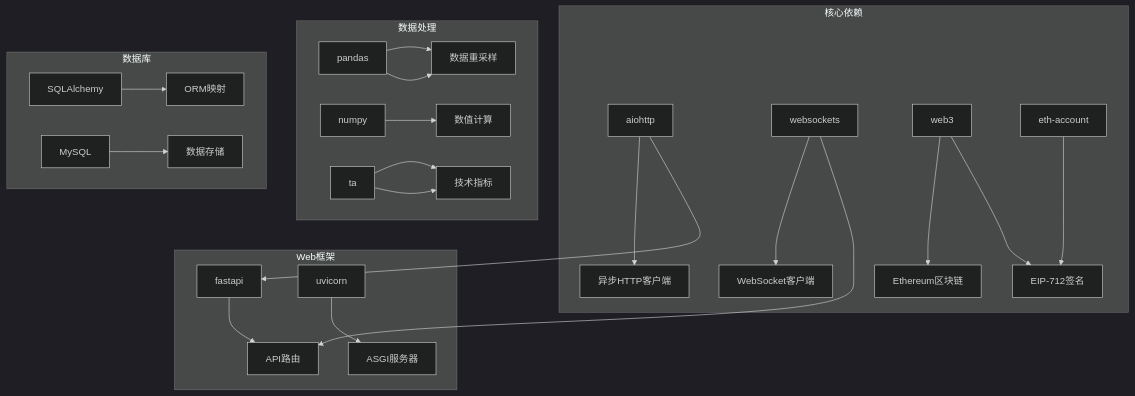
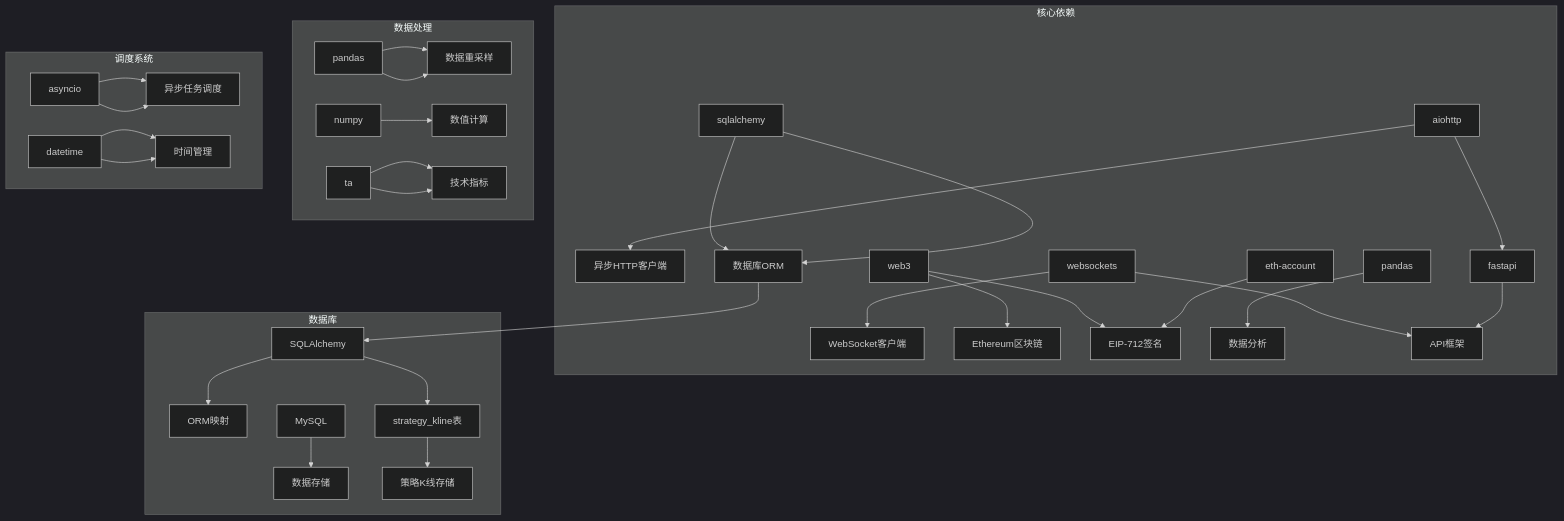
The tenth of 10 diagrams in .qoder/repowiki/zh/content/交易所集成/Hyperliquid交易所集成.md (zyf266/ending), drawn with Mermaid (dark theme) before and after one commit. The commit also changed other lines of this file and 60 other files, not shown here.

````diff
--- a/.qoder/repowiki/zh/content/交易所集成/Hyperliquid交易所集成.md
+++ b/.qoder/repowiki/zh/content/交易所集成/Hyperliquid交易所集成.md
@@ -276,27 +382,36 @@
 ```mermaid
 graph TB
 subgraph "核心依赖"
 A[aiohttp] --> B[异步HTTP客户端]
 C[websockets] --> D[WebSocket客户端]
 E[web3] --> F[Ethereum区块链]
 G[eth-account] --> H[EIP-712签名]
+I[sqlalchemy] --> J[数据库ORM]
+K[pandas] --> L[数据分析]
+M[fastapi] --> N[API框架]
 end
 subgraph "数据处理"
-I[pandas] --> J[数据重采样]
-K[numpy] --> L[数值计算]
-M[ta] --> N[技术指标]
+O[pandas] --> P[数据重采样]
+Q[numpy] --> R[数值计算]
+S[ta] --> T[技术指标]
 end
-subgraph "Web框架"
-O[fastapi] --> P[API路由]
-Q[uvicorn] --> R[ASGI服务器]
+subgraph "调度系统"
+U[asyncio] --> V[异步任务调度]
+W[datetime] --> X[时间管理]
 end
 subgraph "数据库"
-S[SQLAlchemy] --> T[ORM映射]
-U[MySQL] --> V[数据存储]
+Y[SQLAlchemy] --> Z[ORM映射]
+AA[MySQL] --> BB[数据存储]
+CC[strategy_kline表] --> DD[策略K线存储]
 end
-A --> O
-C --> P
+A --> M
+C --> N
 E --> H
 I --> J
-M --> N
+J --> Y
+O --> P
+S --> T
+U --> V
+W --> X
+Y --> CC
 ```
````
